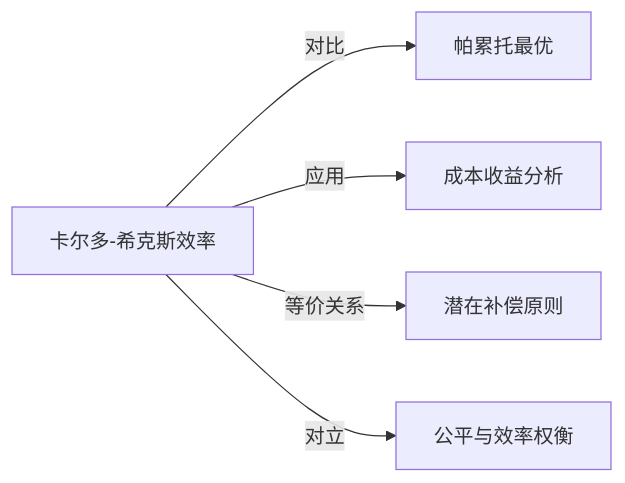
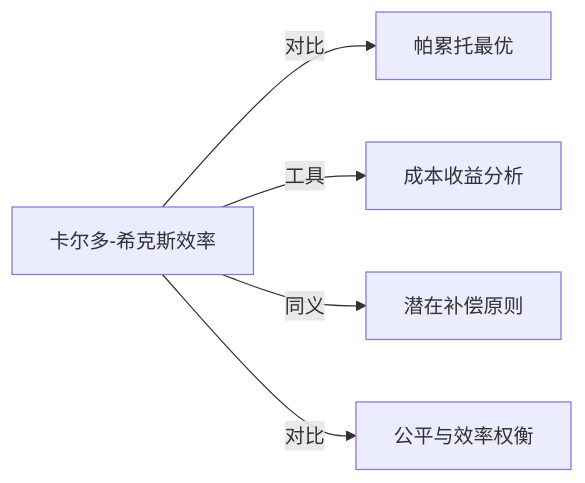
Before and after one commit to KIMMCHOW/MyKnowledge: the diagram in Knowledge/Concepts/经济/卡尔多-希克斯效率.md, drawn with Mermaid. The commit also changed 95 other files, not shown here.

Commit message:
reorganize: 统一关系图边标签为11类

````diff
--- a/Knowledge/Concepts/经济/卡尔多-希克斯效率.md
+++ b/Knowledge/Concepts/经济/卡尔多-希克斯效率.md
@@ -44,7 +44,7 @@
 ```mermaid
 graph LR
 卡尔多-希克斯效率 -->|对比| 帕累托最优
-卡尔多-希克斯效率 -->|应用| 成本收益分析
-卡尔多-希克斯效率 -->|等价关系| 潜在补偿原则
-卡尔多-希克斯效率 -->|对立| 公平与效率权衡
+卡尔多-希克斯效率 -->|工具| 成本收益分析
+卡尔多-希克斯效率 -->|同义| 潜在补偿原则
+卡尔多-希克斯效率 -->|对比| 公平与效率权衡
 ```
````
